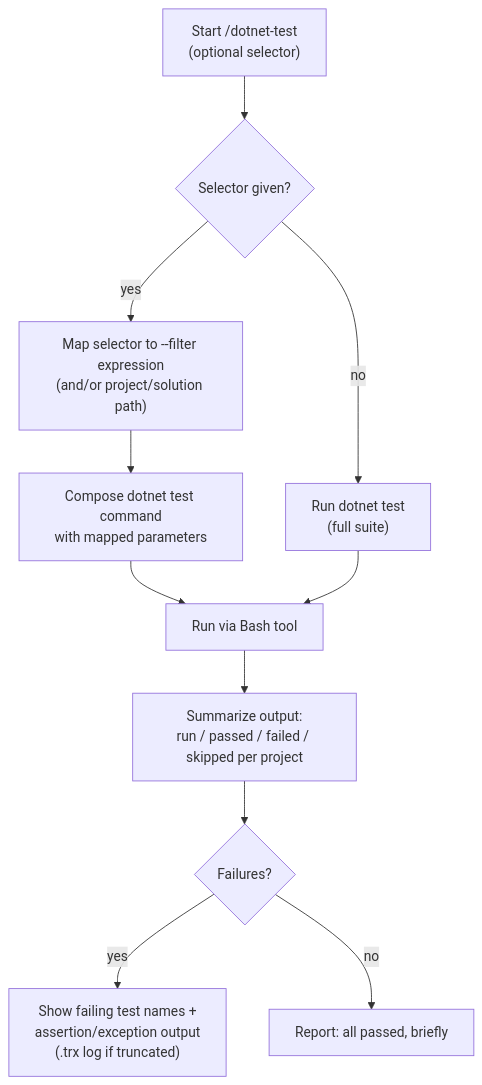
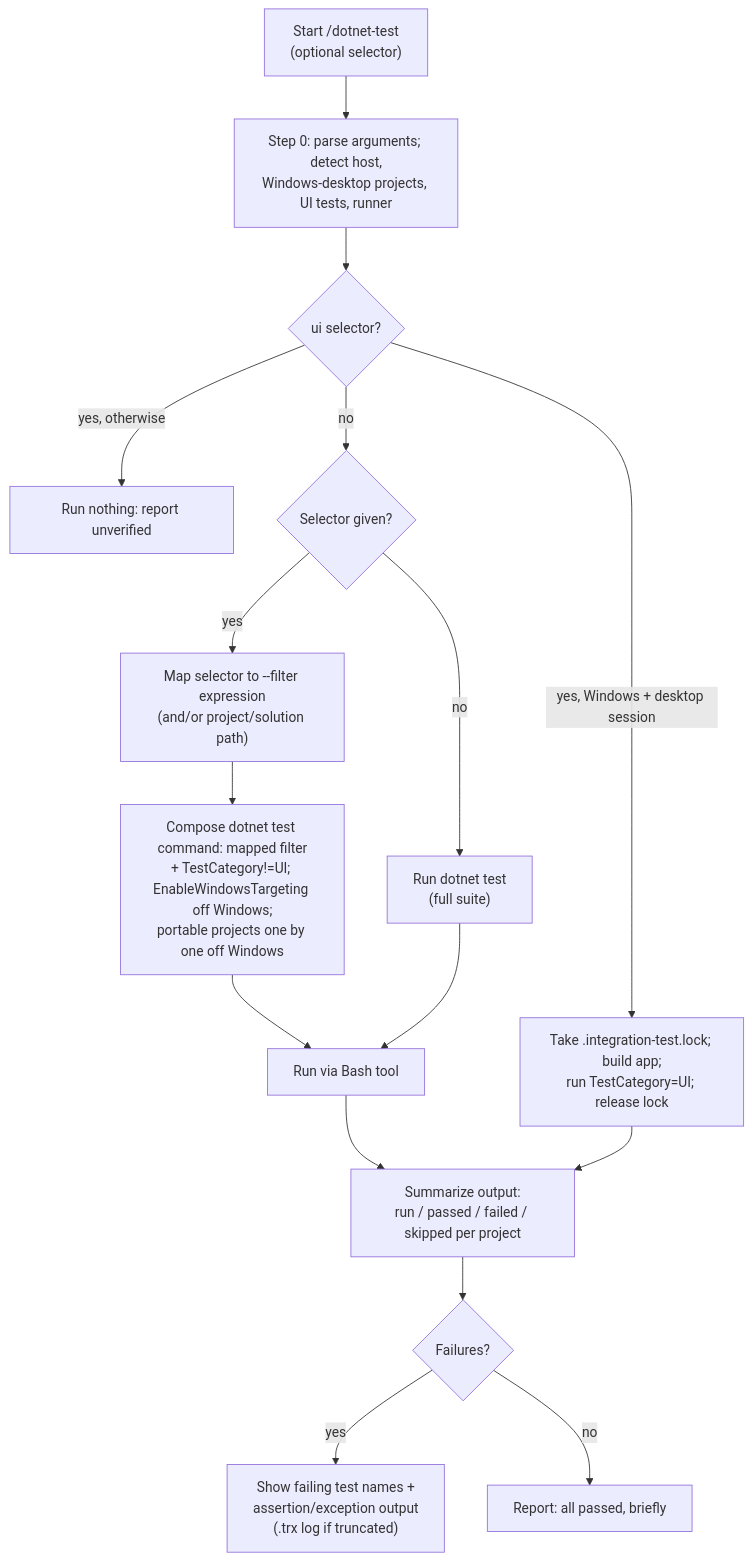
The diagram in docs/modules/ROOT/pages/skills/iru-dotnet-test.adoc (albertoirurueta/ai-catalog), drawn with Mermaid before and after one commit. The commit also changed other lines of this file and 111 other files, not shown here.

```diff
--- a/docs/modules/ROOT/pages/skills/iru-dotnet-test.adoc
+++ b/docs/modules/ROOT/pages/skills/iru-dotnet-test.adoc
@@ -112,14 +148,19 @@
 [mermaid]
 ....
 flowchart TD
-    A["Start /dotnet-test\n(optional selector)"] --> B{Selector given?}
+    A["Start /dotnet-test\n(optional selector)"] --> A2["Step 0: parse arguments; detect host,\nWindows-desktop projects, UI tests, runner"]
+    A2 --> A3{ui selector?}
+    A3 -- "yes, Windows + desktop session" --> U["Take .integration-test.lock; build app;\nrun TestCategory=UI; release lock"]
+    A3 -- "yes, otherwise" --> U2["Run nothing: report unverified"]
+    A3 -- no --> B{Selector given?}
     B -- no --> C["Run dotnet test\n(full suite)"]
     B -- yes --> D["Map selector to --filter expression\n(and/or project/solution path)"]
-    D --> E["Compose dotnet test command\nwith mapped parameters"]
+    D --> E["Compose dotnet test command: mapped filter\n+ TestCategory!=UI; EnableWindowsTargeting off Windows;\nportable projects one by one off Windows"]
     E --> F["Run via Bash tool"]
     C --> F
     F --> G["Summarize output:\nrun / passed / failed / skipped per project"]
     G --> H{Failures?}
     H -- yes --> I["Show failing test names +\nassertion/exception output\n(.trx log if truncated)"]
     H -- no --> J["Report: all passed, briefly"]
+    U --> G
 ....
```
